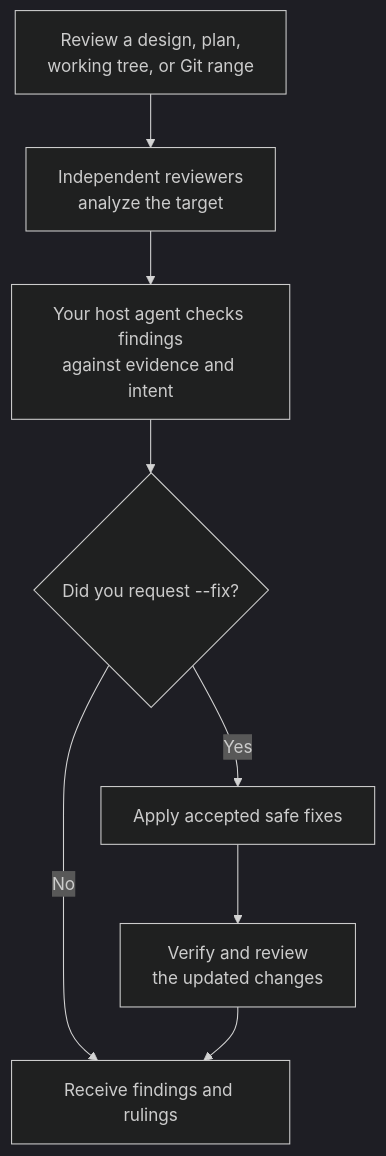
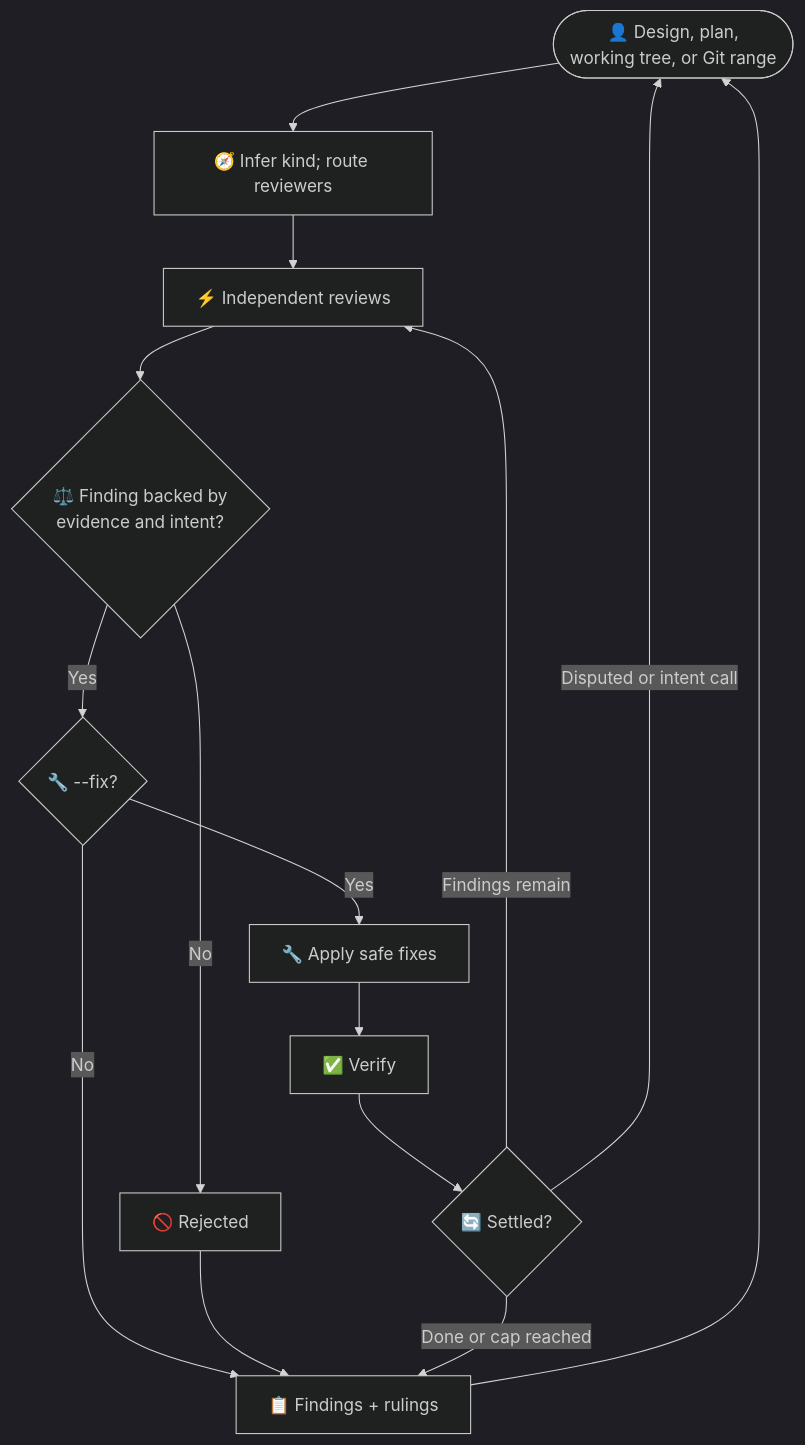
The diagram in skills/dispatch/references/readme/review.md (Gyunikuchan/dispatch-skills), drawn with Mermaid (dark theme) before and after one commit. The commit also changed 5 other files, not shown here.

First line of the commit message:
docs(dispatch): detail verb flow diagrams in README-style mermaid

````diff
--- a/skills/dispatch/references/readme/review.md
+++ b/skills/dispatch/references/readme/review.md
@@ -11,10 +11,17 @@
 ```mermaid
 flowchart TD
-    Target["Review a design, plan,<br/>working tree, or Git range"] --> Inspect["Independent reviewers<br/>analyze the target"]
-    Inspect --> Check["Your host agent checks findings<br/>against evidence and intent"]
-    Check --> Fix{"Did you request --fix?"}
-    Fix -->|No| Report["Receive findings and rulings"]
-    Fix -->|Yes| Apply["Apply accepted safe fixes"]
-    Apply --> Verify["Verify and review<br/>the updated changes"]
-    Verify --> Report
+    User(["👤 Design, plan,<br/>working tree, or Git range"]) --> Route["🧭 Infer kind; route reviewers"]
+    Route --> Review["⚡ Independent reviews"]
+    Review --> Rule{"⚖️ Finding backed by<br/>evidence and intent?"}
+    Rule -->|No| Reject["🚫 Rejected"]
+    Rule -->|Yes| Fix{"🔧 --fix?"}
+    Fix -->|No| Report["📋 Findings + rulings"]
+    Reject --> Report
+    Fix -->|Yes| Apply["🔧 Apply safe fixes"]
+    Apply --> Verify["✅ Verify"]
+    Verify --> Settled{"🔄 Settled?"}
+    Settled -->|Findings remain| Review
+    Settled -->|Done or cap reached| Report
+    Settled -->|Disputed or intent call| User
+    Report --> User
 ```
````
